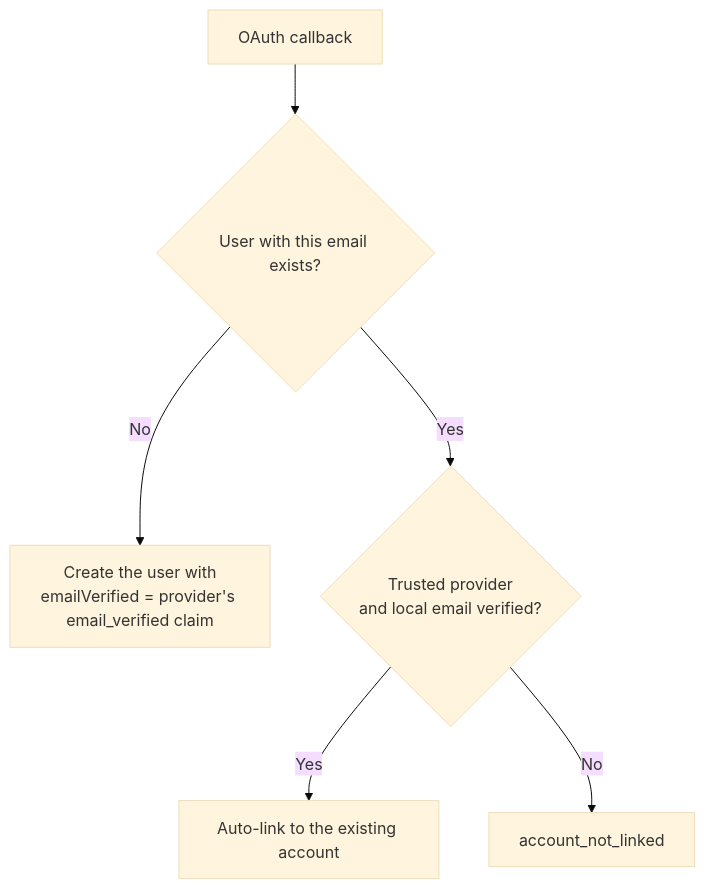
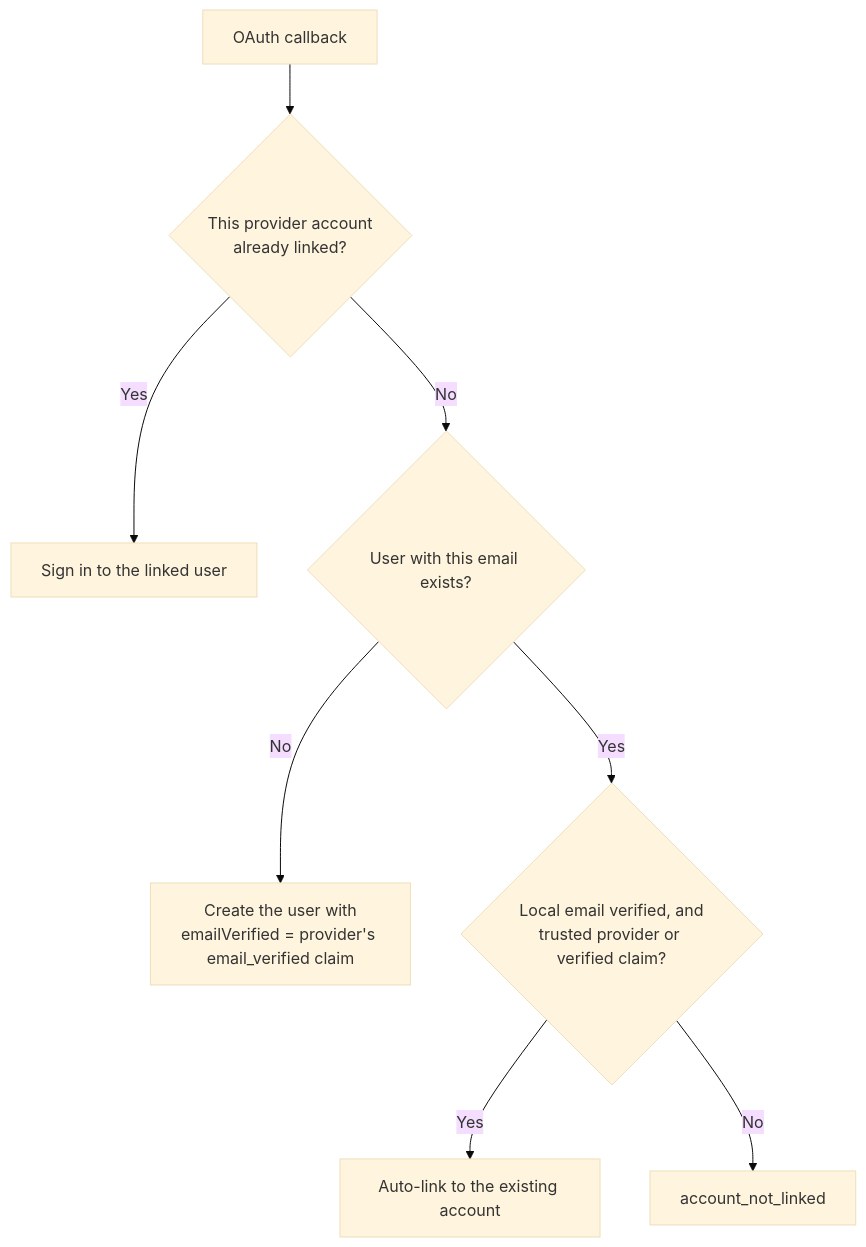
Before and after one commit to OffCrazyFreak/Disscount: the fourth of 4 diagrams in docs/AUTH.md, drawn with Mermaid (base theme). The commit also changed other lines of this file, not shown here.

Commit message:
docs(auth): State that trusted providers link without the email claim
Changes:
- Describe the linking gate as local email verified plus either a trusted provider or a verified claim
- Add the already linked branch to the linking flowchart
- Name the Facebook risk as trusted logins linking into verified accounts

better-auth 1.6.25 skips the provider's email_verified claim when linking a trusted provider, so the section read as if the claim governed linking too.

````diff
--- a/docs/AUTH.md
+++ b/docs/AUTH.md
@@ -104,8 +104,10 @@
 ```mermaid
 flowchart TD
-    Callback["OAuth callback"] --> Exists{"User with this email exists?"}
+    Callback["OAuth callback"] --> Linked{"This provider account<br/>already linked?"}
+    Linked -->|"Yes"| SignIn["Sign in to the linked user"]
+    Linked -->|"No"| Exists{"User with this email exists?"}
     Exists -->|"No"| Create["Create the user with<br/>emailVerified = provider's email_verified claim"]
-    Exists -->|"Yes"| Gate{"Trusted provider<br/>and local email verified?"}
+    Exists -->|"Yes"| Gate{"Local email verified, and<br/>trusted provider or verified claim?"}
     Gate -->|"Yes"| Link["Auto-link to the existing account"]
     Gate -->|"No"| Refuse["account_not_linked"]
 ```
````
